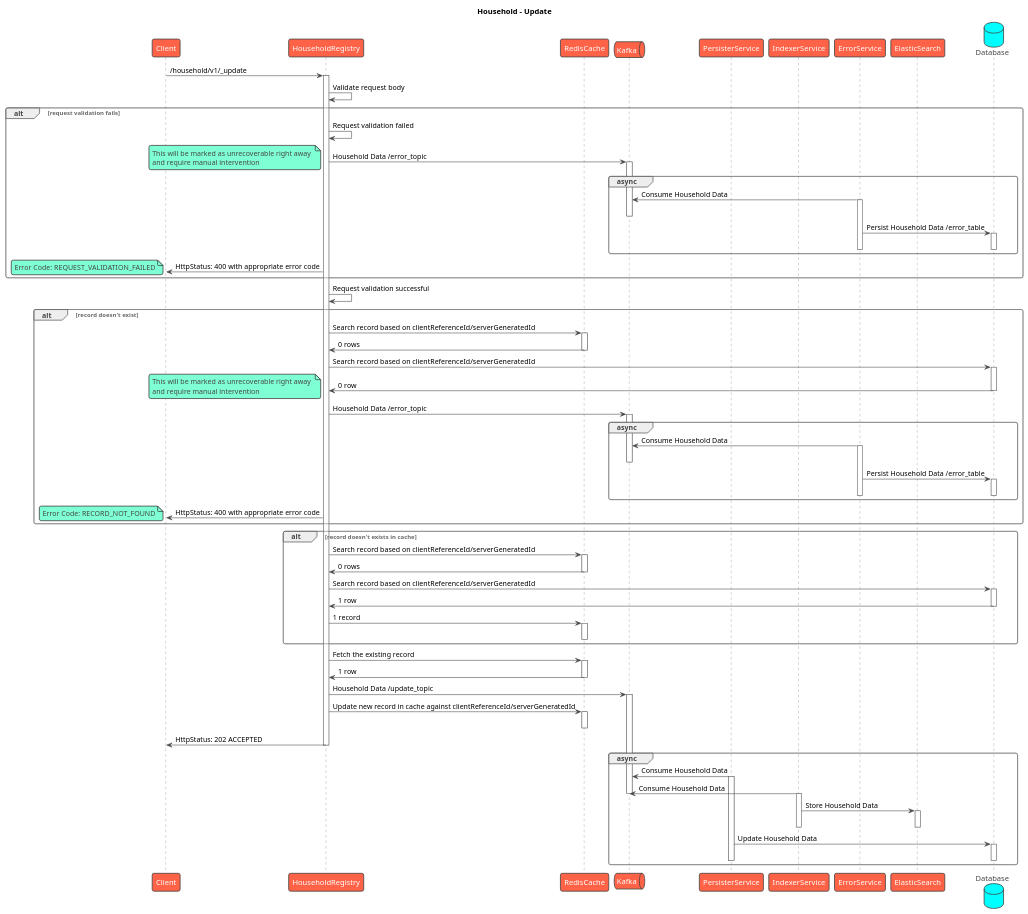
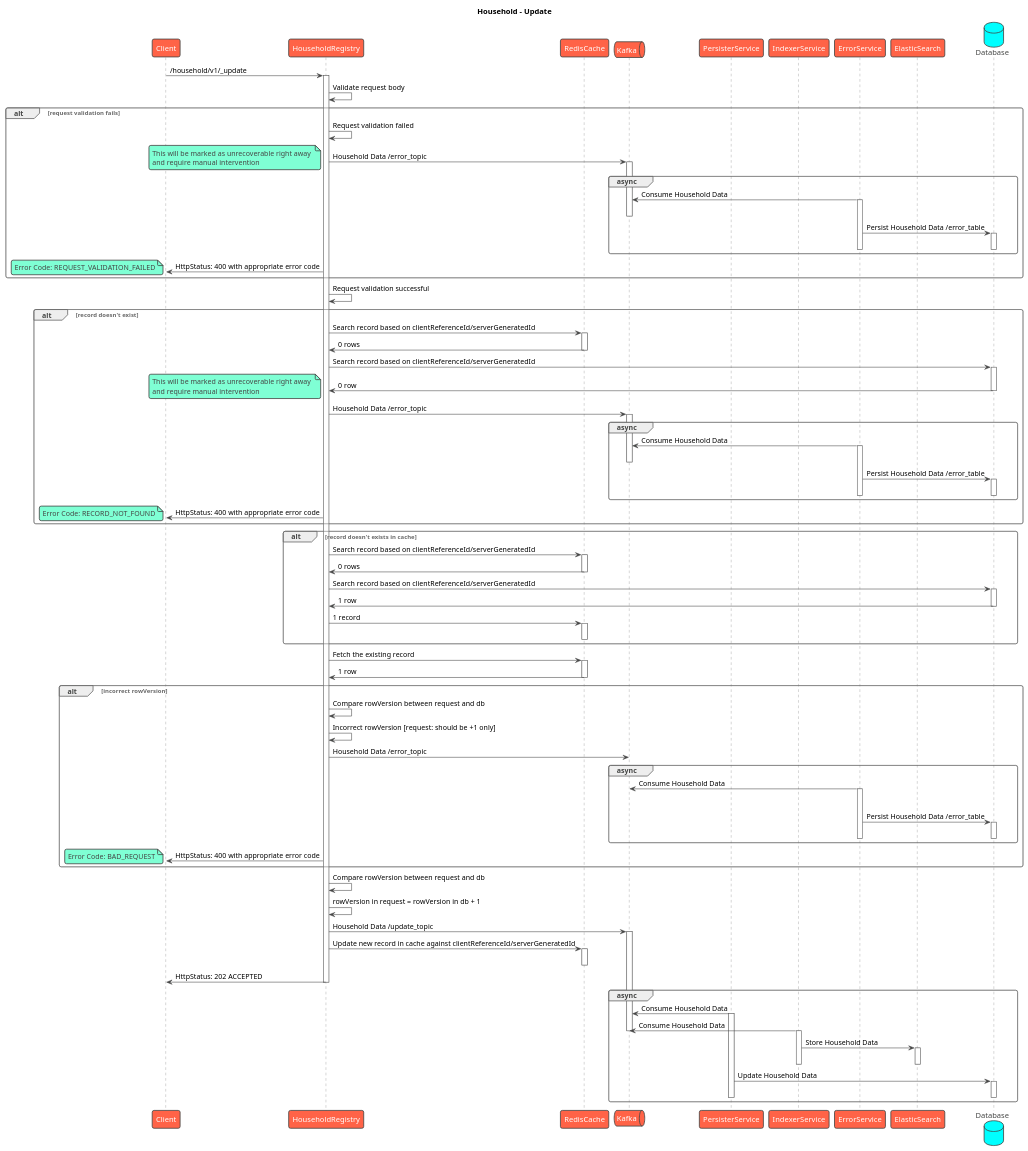
The diagram in contracts/registries/household/sequence/update.puml (egovernments/health-api-specs), drawn with PlantUML before and after one commit. The commit also changed 9 other files, not shown here.

Commit message:
Sequence: Updated update flows with rowVersion logic

```diff
--- a/contracts/registries/household/sequence/update.puml
+++ b/contracts/registries/household/sequence/update.puml
@@ -1,107 +1,127 @@
 @startuml
 title Household - Update
 !theme vibrant
 participant Client as c
 participant HouseholdRegistry as s
 participant RedisCache as rc
 queue Kafka as k
 participant PersisterService as prs
 participant IndexerService as idx
 participant ErrorService as es
 participant ElasticSearch as el
 database Database as db
 c -> s : /household/v1/_update
 activate s
 s -> s: Validate request body
 alt request validation fails
     s -> s: Request validation failed
     s -> k: Household Data /error_topic
     note left
         This will be marked as unrecoverable right away 
         and require manual intervention
     end note
     activate k
     group async
         es -> k: Consume Household Data
         activate es
         deactivate k
         es -> db: Persist Household Data /error_table
         activate db
         deactivate db
         deactivate es
     end
     s -> c: HttpStatus: 400 with appropriate error code
     note left
         Error Code: REQUEST_VALIDATION_FAILED
     end note
 end
 s -> s: Request validation successful
 alt record doesn't exist
     s -> rc: Search record based on clientReferenceId/serverGeneratedId
     activate rc
     rc -> s: 0 rows
     deactivate rc
     s -> db: Search record based on clientReferenceId/serverGeneratedId
     activate db
     db -> s: 0 row
     deactivate db
     note left
         This will be marked as unrecoverable right away 
         and require manual intervention
     end note
     s -> k: Household Data /error_topic
     activate k
     group async
         es -> k: Consume Household Data
         activate es
         deactivate k
         es -> db: Persist Household Data /error_table
         activate db
         deactivate db
         deactivate es
     end
     s -> c: HttpStatus: 400 with appropriate error code
     note left
       Error Code: RECORD_NOT_FOUND
     end note
 end
 alt record doesn't exists in cache
     s -> rc: Search record based on clientReferenceId/serverGeneratedId
     activate rc
     rc -> s: 0 rows
     deactivate rc
     s -> db: Search record based on clientReferenceId/serverGeneratedId
     activate db
     db -> s: 1 row
     deactivate db
     s -> rc: 1 record
     activate rc
     deactivate rc
 end
 s -> rc: Fetch the existing record
 activate rc
 rc -> s: 1 row
 deactivate rc
+alt incorrect rowVersion
+    s -> s: Compare rowVersion between request and db
+    s -> s: Incorrect rowVersion [request: should be +1 only]
+    s -> k: Household Data /error_topic
+    group async
+        es -> k: Consume Household Data
+        activate es
+        deactivate k
+        es -> db: Persist Household Data /error_table
+        activate db
+        deactivate db
+        deactivate es
+    end
+    s -> c: HttpStatus: 400 with appropriate error code
+    note left
+      Error Code: BAD_REQUEST
+    end note
+end
+s -> s: Compare rowVersion between request and db
+s -> s: rowVersion in request = rowVersion in db + 1
 s -> k: Household Data /update_topic
 activate k
 s -> rc: Update new record in cache against clientReferenceId/serverGeneratedId
 activate rc
 deactivate rc
 s -> c: HttpStatus: 202 ACCEPTED
 deactivate s
 group async
     prs -> k: Consume Household Data
     activate prs
     idx -> k: Consume Household Data
     deactivate k
     activate idx
     idx -> el: Store Household Data
     activate el
     deactivate el
     deactivate idx
     prs -> db: Update Household Data
     activate db
     deactivate db
     deactivate prs
 end
 @enduml
```
